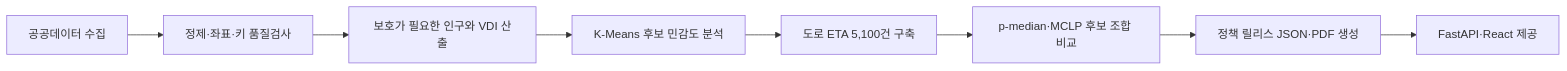
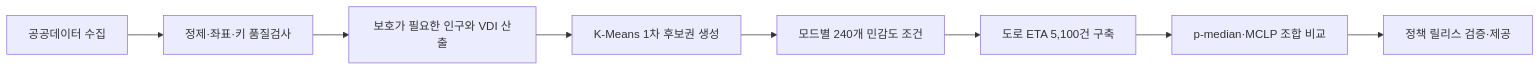
Before and after one commit to ssg-sak/golden-project: the diagram in README.md, drawn with Mermaid. The commit also changed other lines of this file, not shown here.

````diff
--- a/README.md
+++ b/README.md
@@ -88,10 +112,10 @@
 ```mermaid
 flowchart LR
     A[공공데이터 수집] --> B[정제·좌표·키 품질검사]
     B --> C[보호가 필요한 인구와 VDI 산출]
-    C --> D[K-Means 후보 민감도 분석]
-    D --> E[도로 ETA 5,100건 구축]
-    E --> F[p-median·MCLP 후보 조합 비교]
-    F --> G[정책 릴리스 JSON·PDF 생성]
-    G --> H[FastAPI·React 제공]
+    C --> D[K-Means 1차 후보권 생성]
+    D --> E[모드별 240개 민감도 조건]
+    E --> F[도로 ETA 5,100건 구축]
+    F --> G[p-median·MCLP 조합 비교]
+    G --> H[정책 릴리스 검증·제공]
 ```
````
